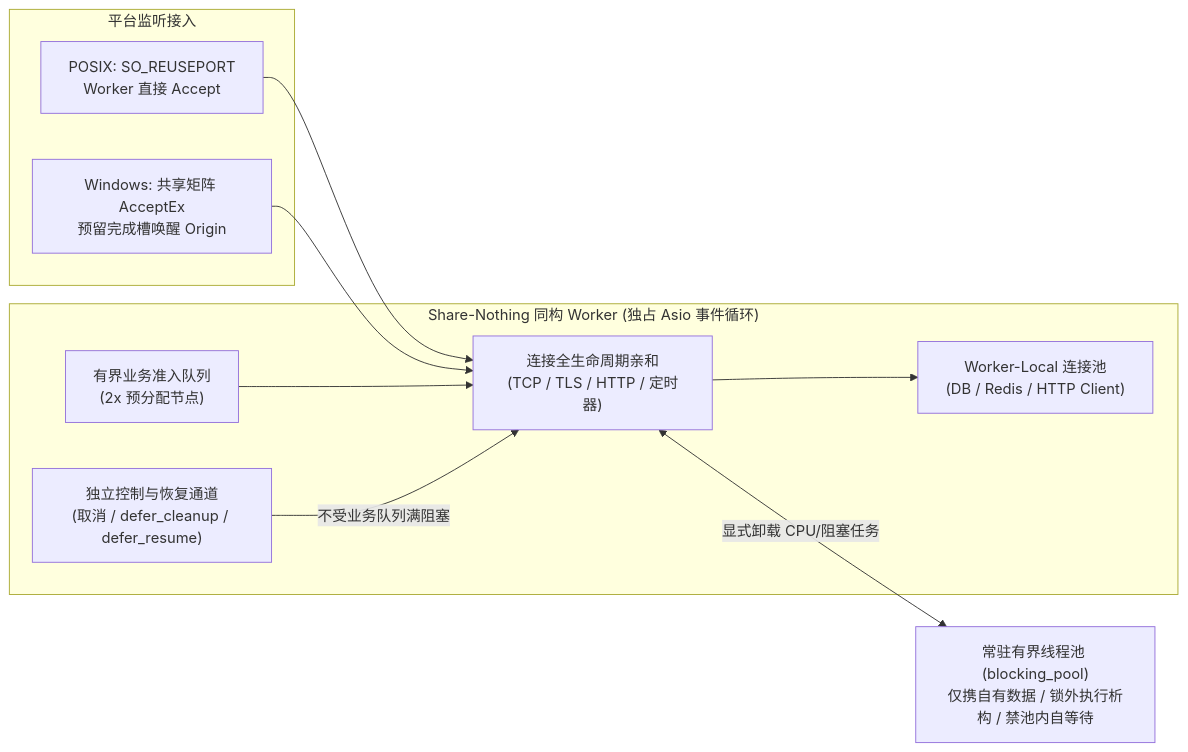
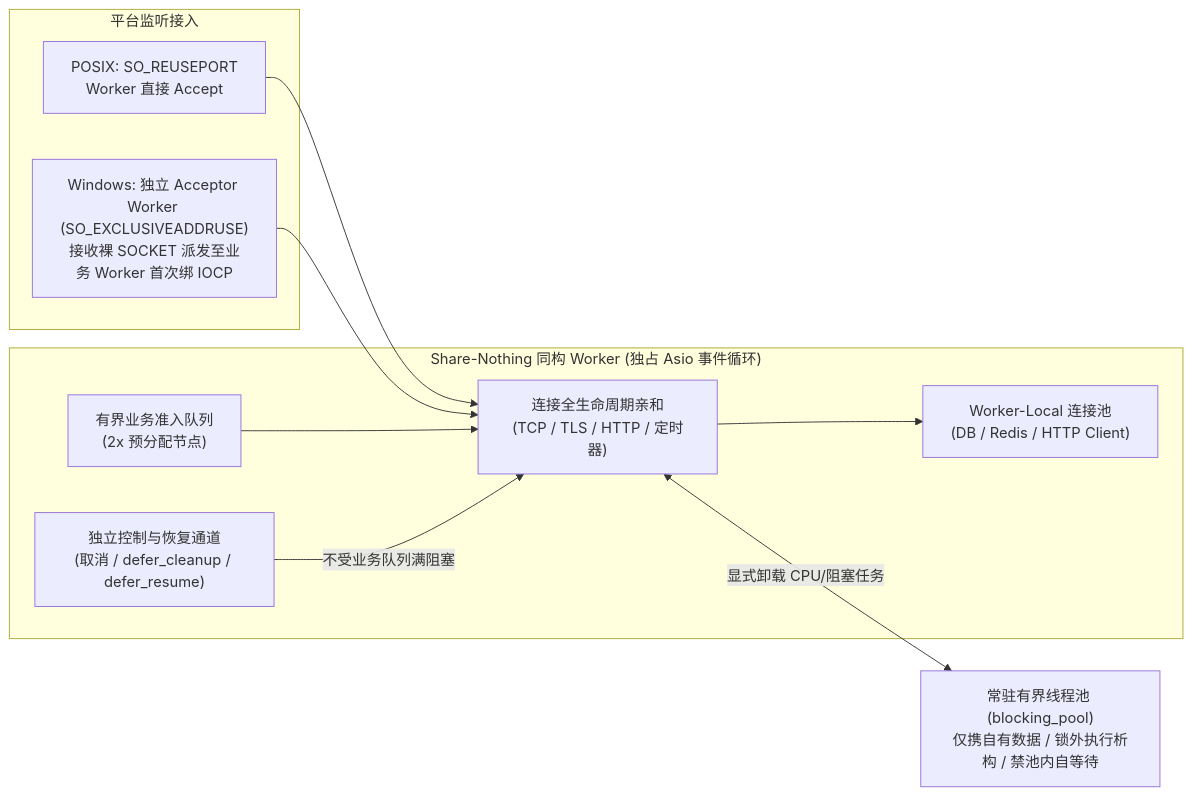
One commit to chuyu0504/Ruvia changed the third of 4 diagrams in AGENTS.md. Above: the diagram before and after it, drawn with Mermaid. The commit also changed other lines of this file, not shown here.

Commit message:
docs: specify dedicated Windows Acceptor Worker with homogeneous business workers in AGENTS.md

````diff
--- a/AGENTS.md
+++ b/AGENTS.md
@@ -103,21 +103,21 @@
 ```mermaid
 flowchart LR
     subgraph listener ["平台监听接入"]
         posix["POSIX: SO_REUSEPORT<br/>Worker 直接 Accept"]
-        win["Windows: 共享矩阵 AcceptEx<br/>预留完成槽唤醒 Origin"]
+        win["Windows: 独立 Acceptor Worker (SO_EXCLUSIVEADDRUSE)<br/>接收裸 SOCKET 派发至业务 Worker 首次绑 IOCP"]
     end
     subgraph worker ["Share-Nothing 同构 Worker (独占 Asio 事件循环)"]
         conn["连接全生命周期亲和<br/>(TCP / TLS / HTTP / 定时器)"]
         b_queue["有界业务准入队列<br/>(2x 预分配节点)"]
         c_lane["独立控制与恢复通道<br/>(取消 / defer_cleanup / defer_resume)"]
         l_pool["Worker-Local 连接池<br/>(DB / Redis / HTTP Client)"]
     end
     b_pool["常驻有界线程池 (blocking_pool)<br/>仅携自有数据 / 锁外执行析构 / 禁池内自等待"]
 
     posix --> conn
     win --> conn
     b_queue --> conn
     c_lane -->|"不受业务队列满阻塞"| conn
     conn --> l_pool
     conn <-->|"显式卸载 CPU/阻塞任务"| b_pool
 ```
````
